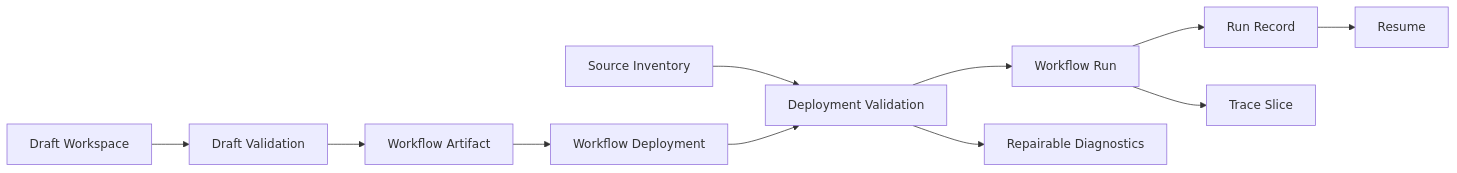
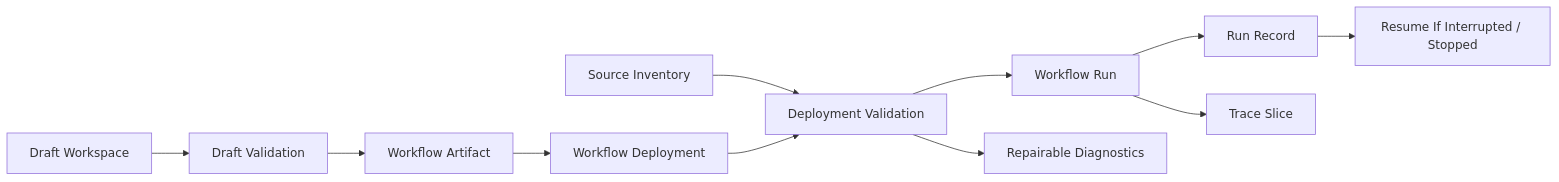
One commit to ldlda/wf changed the sixth of 8 diagrams in docs/add/diagrams.md. Above: the diagram before and after it, drawn with Mermaid. The commit also changed other lines of this file and 1 other file, not shown here.

Commit message:
docs: harden thesis architecture and evidence claims

````diff
--- a/docs/add/diagrams.md
+++ b/docs/add/diagrams.md
@@ -72,13 +106,13 @@
 ```mermaid
 flowchart LR
   Draft[Draft Workspace] --> DraftValidation[Draft Validation]
   DraftValidation --> Artifact[Workflow Artifact]
   Artifact --> Deployment[Workflow Deployment]
   SourceInventory[Source Inventory] --> DeploymentValidation[Deployment Validation]
   Deployment --> DeploymentValidation
   DeploymentValidation --> Run[Workflow Run]
   Run --> RunRecord[Run Record]
   Run --> Trace[Trace Slice]
-  RunRecord --> Resume[Resume]
+  RunRecord --> Resume[Resume If Interrupted / Stopped]
   DeploymentValidation --> Diagnostics[Repairable Diagnostics]
 ```
````
